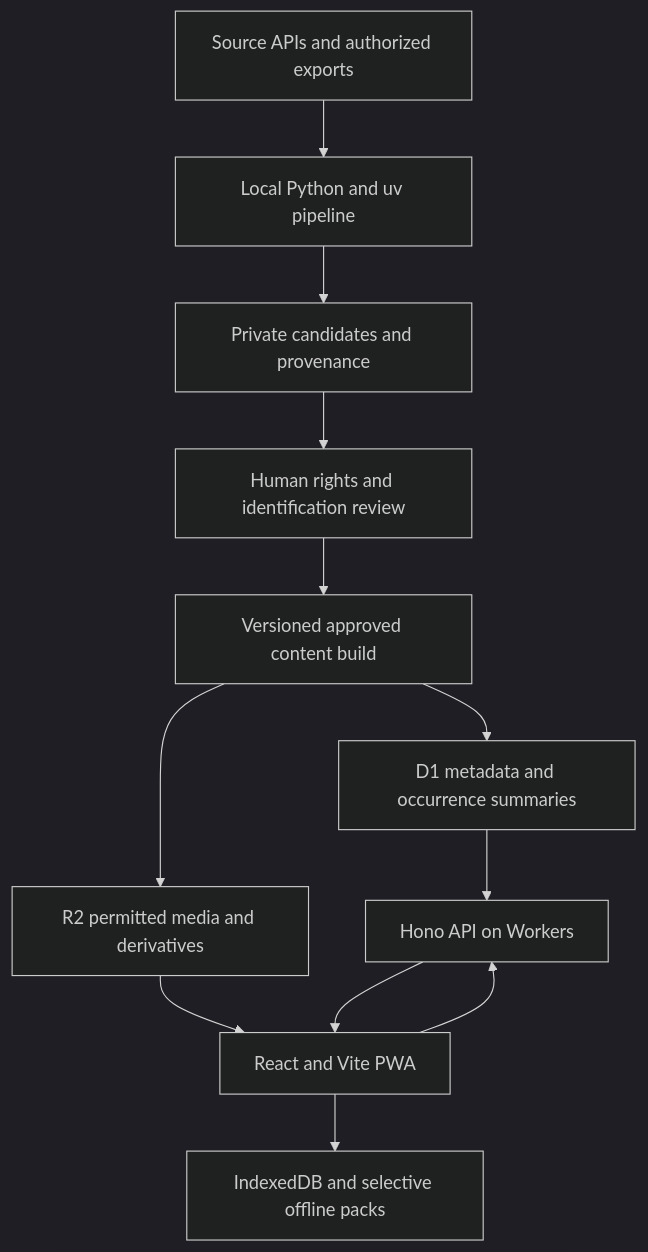
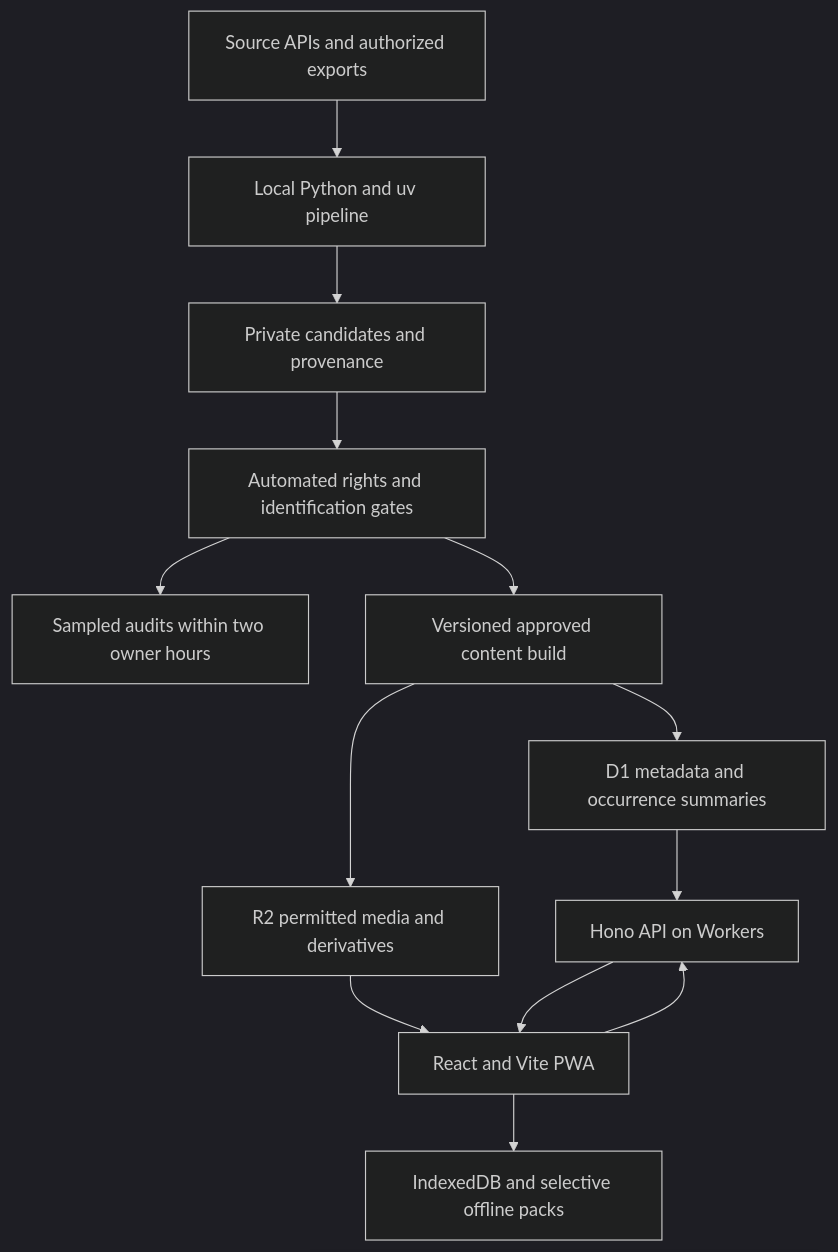
One commit to hmarquardt/birdahead changed the diagram in docs/architecture.md. Above: the diagram before and after it, drawn with Mermaid (dark theme). The commit also changed other lines of this file and 46 other files, not shown here.

````diff
--- a/docs/architecture.md
+++ b/docs/architecture.md
@@ -7,14 +7,15 @@
 ```mermaid
 flowchart TD
   S[Source APIs and authorized exports] --> P[Local Python and uv pipeline]
   P --> C[Private candidates and provenance]
-  C --> R[Human rights and identification review]
+  C --> R[Automated rights and identification gates]
+  R --> A[Sampled audits within two owner hours]
   R --> B[Versioned approved content build]
   B --> D[D1 metadata and occurrence summaries]
   B --> O[R2 permitted media and derivatives]
   D --> H[Hono API on Workers]
   O --> W[React and Vite PWA]
   H --> W
   W --> I[IndexedDB and selective offline packs]
   W --> H
 ```
````
